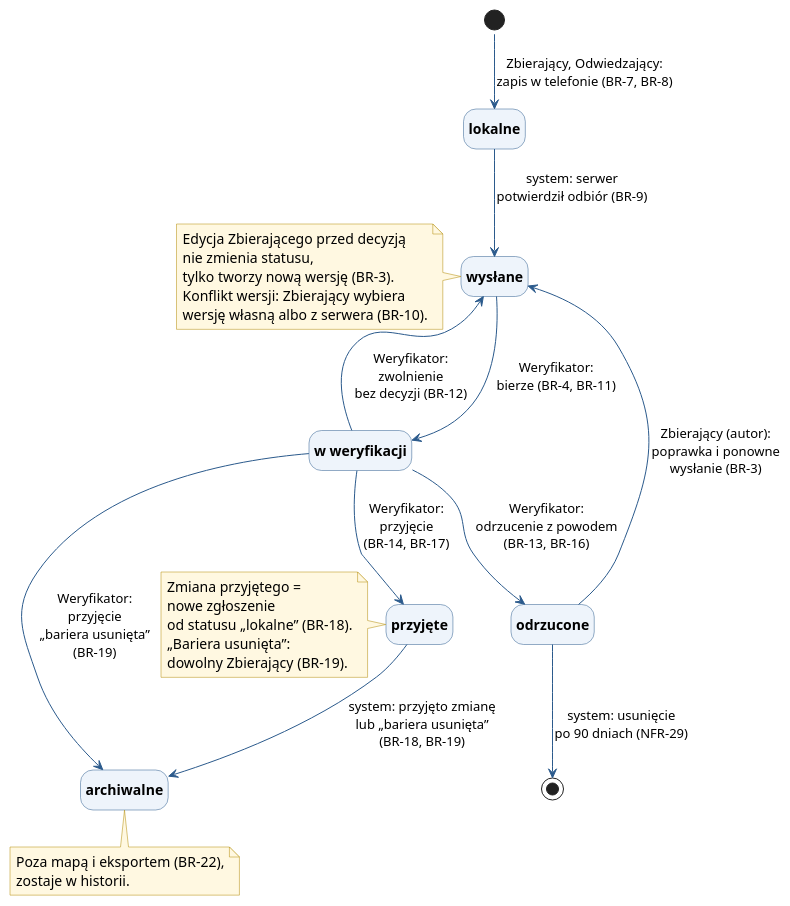
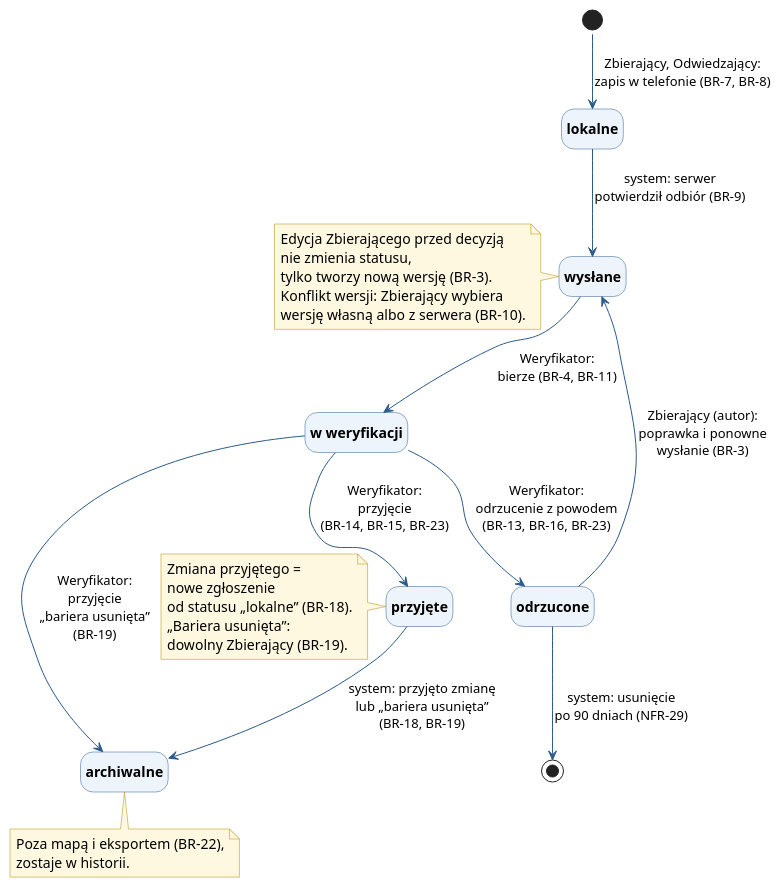
One commit to dostepny-kampus/dostepny-kampus changed the diagram in docs/docs/biznes/cykl-zgloszenia.puml. Above: the diagram before and after it, drawn with PlantUML. The commit also changed 1 other file, not shown here.

```diff
--- a/docs/docs/biznes/cykl-zgloszenia.puml
+++ b/docs/docs/biznes/cykl-zgloszenia.puml
@@ -1,55 +1,54 @@
 @startuml
 !pragma layout smetana
 hide empty description
 skinparam defaultFontSize 14
 skinparam ArrowColor #2B5A8C
 skinparam ArrowFontSize 13
 skinparam state {
   BackgroundColor #EEF4FB
   BorderColor #2B5A8C
   FontStyle bold
 }
 skinparam note {
   BackgroundColor #FFF8E1
   BorderColor #B08900
 }
 
 state "lokalne" as L
 state "wysłane" as W
 state "w weryfikacji" as V
 state "przyjęte" as P
 state "odrzucone" as O
 state "archiwalne" as A
 
 [*] --> L : Zbierający, Odwiedzający:\nzapis w telefonie (BR-7, BR-8)
 L --> W : system: serwer\npotwierdził odbiór (BR-9)
 W --> V : Weryfikator:\nbierze (BR-4, BR-11)
-V --> W : Weryfikator:\nzwolnienie\nbez decyzji (BR-12)
-V --> P : Weryfikator:\nprzyjęcie\n(BR-14, BR-17)
-V --> O : Weryfikator:\nodrzucenie z powodem\n(BR-13, BR-16)
+V --> P : Weryfikator:\nprzyjęcie\n(BR-14, BR-15, BR-23)
+V --> O : Weryfikator:\nodrzucenie z powodem\n(BR-13, BR-16, BR-23)
 O --> W : Zbierający (autor):\npoprawka i ponowne\nwysłanie (BR-3)
 O --> [*] : system: usunięcie\npo 90 dniach (NFR-29)
 P --> A : system: przyjęto zmianę\nlub „bariera usunięta”\n(BR-18, BR-19)
 V --> A : Weryfikator:\nprzyjęcie\n„bariera usunięta”\n(BR-19)
 
 note left of P
   Zmiana przyjętego =
   nowe zgłoszenie
   od statusu „lokalne” (BR-18).
   „Bariera usunięta”:
   dowolny Zbierający (BR-19).
 end note
 
 note bottom of A
   Poza mapą i eksportem (BR-22),
   zostaje w historii.
 end note
 
 note left of W
   Edycja Zbierającego przed decyzją
   nie zmienia statusu,
   tylko tworzy nową wersję (BR-3).
   Konflikt wersji: Zbierający wybiera
   wersję własną albo z serwera (BR-10).
 end note
 @enduml
```
